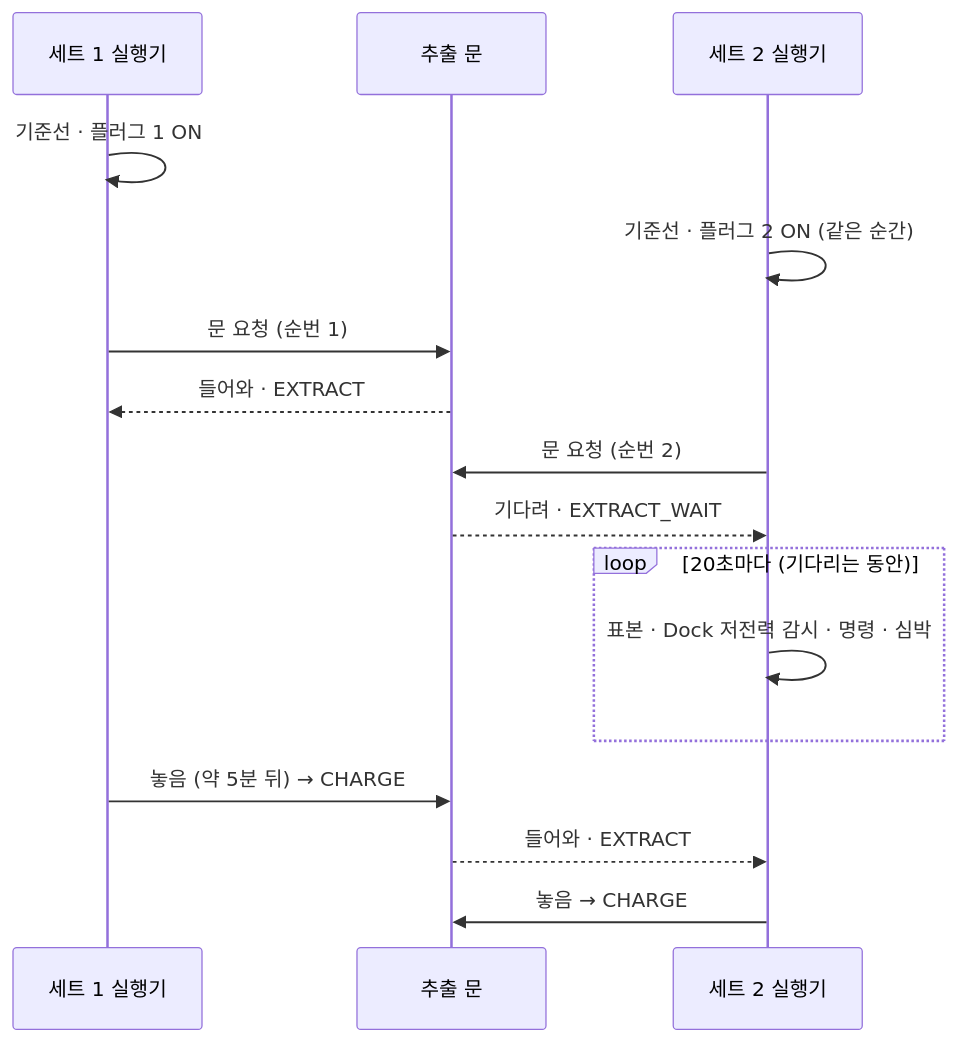
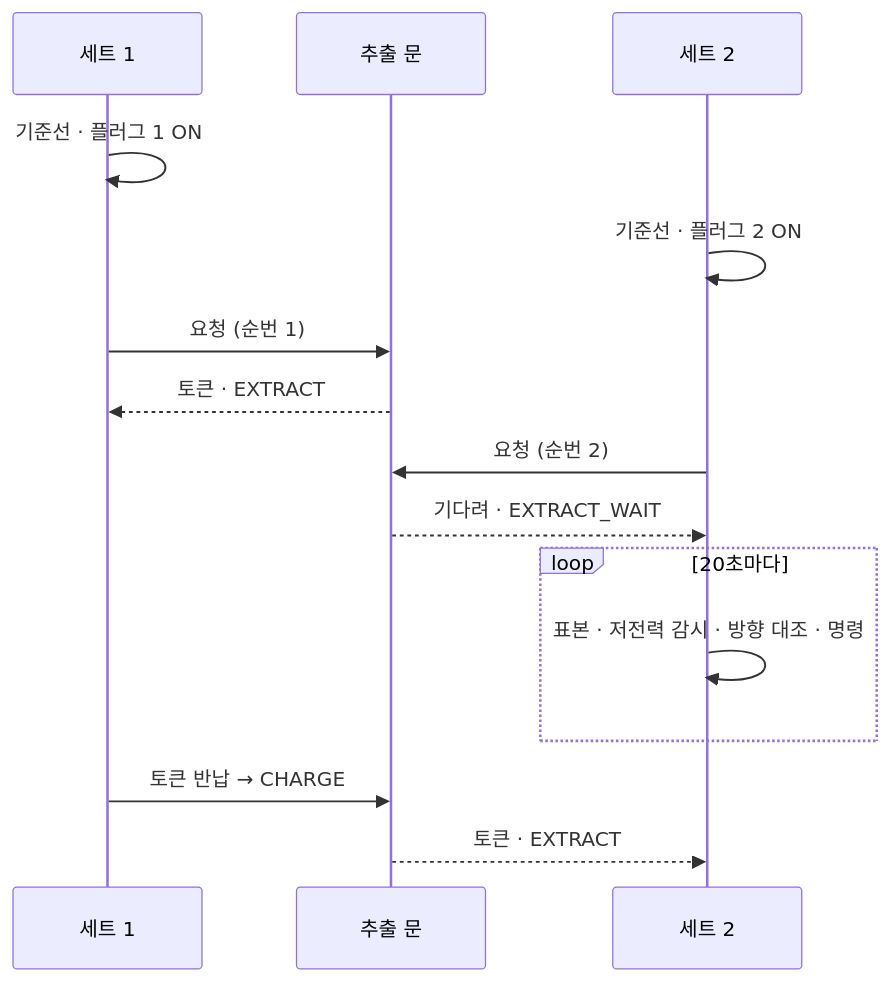
Before and after one commit to GeonwooKim-fitogether/QA-Automation-Test-Room: the fourth of 6 diagrams in cell-bench/docs/design/multi-set-plan.md, drawn with Mermaid. The commit also changed other lines of this file, not shown here.

````diff
--- a/cell-bench/docs/design/multi-set-plan.md
+++ b/cell-bench/docs/design/multi-set-plan.md
@@ -183,18 +197,17 @@
 ```mermaid
 sequenceDiagram
-  participant S1 as 세트 1 실행기
+  participant S1 as 세트 1
   participant G as 추출 문
-  participant S2 as 세트 2 실행기
+  participant S2 as 세트 2
   S1->>S1: 기준선 · 플러그 1 ON
-  S2->>S2: 기준선 · 플러그 2 ON (같은 순간)
-  S1->>G: 문 요청 (순번 1)
-  G-->>S1: 들어와 · EXTRACT
-  S2->>G: 문 요청 (순번 2)
+  S2->>S2: 기준선 · 플러그 2 ON
+  S1->>G: 요청 (순번 1)
+  G-->>S1: 토큰 · EXTRACT
+  S2->>G: 요청 (순번 2)
   G-->>S2: 기다려 · EXTRACT_WAIT
-  loop 20초마다 (기다리는 동안)
-    S2->>S2: 표본 · Dock 저전력 감시 · 명령 · 심박
+  loop 20초마다
+    S2->>S2: 표본 · 저전력 감시 · 방향 대조 · 명령
   end
-  S1->>G: 놓음 (약 5분 뒤) → CHARGE
-  G-->>S2: 들어와 · EXTRACT
-  S2->>G: 놓음 → CHARGE
+  S1->>G: 토큰 반납 → CHARGE
+  G-->>S2: 토큰 · EXTRACT
 ```
````
